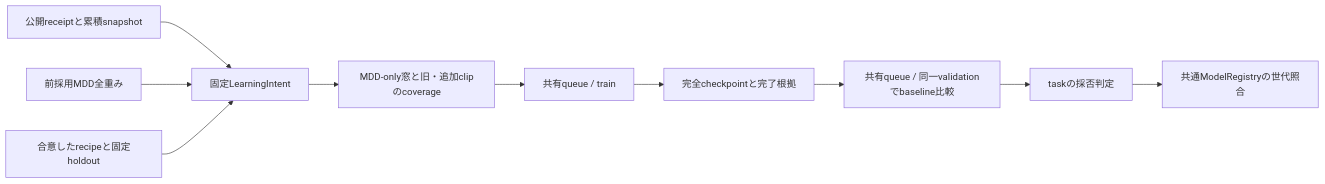
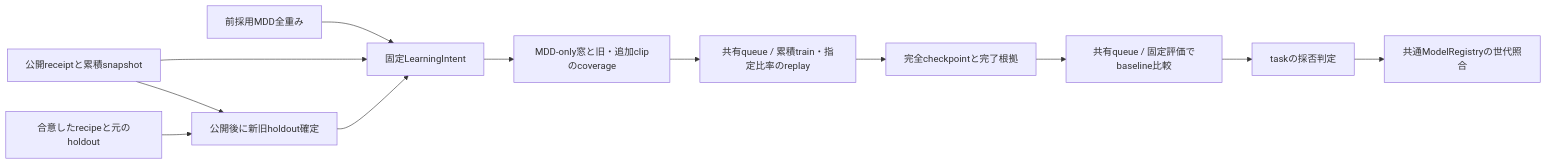
Before and after one commit to Motoki0705/tennis-lab: the diagram in src/tasks/ball_detection/training/annotation/README.md, drawn with Mermaid. The commit also changed other lines of this file and 31 other files, not shown here.

````diff
--- a/src/tasks/ball_detection/training/annotation/README.md
+++ b/src/tasks/ball_detection/training/annotation/README.md
@@ -7,12 +7,14 @@
 ```mermaid
 flowchart LR
     P[公開receiptと累積snapshot] --> I[固定LearningIntent]
     M[前採用MDD全重み] --> I
-    R[合意したrecipeと固定holdout] --> I
+    R[合意したrecipeと元のholdout] --> H[公開後に新旧holdout確定]
+    P --> H
+    H --> I
     I --> W[MDD-only窓と旧・追加clipのcoverage]
-    W --> T[共有queue / train]
+    W --> T[共有queue / 累積train・指定比率のreplay]
     T --> C[完全checkpointと完了根拠]
-    C --> E[共有queue / 同一validationでbaseline比較]
+    C --> E[共有queue / 固定評価でbaseline比較]
     E --> V[taskの採否判定]
     V --> A[共通ModelRegistryの世代照合]
 ```
````
